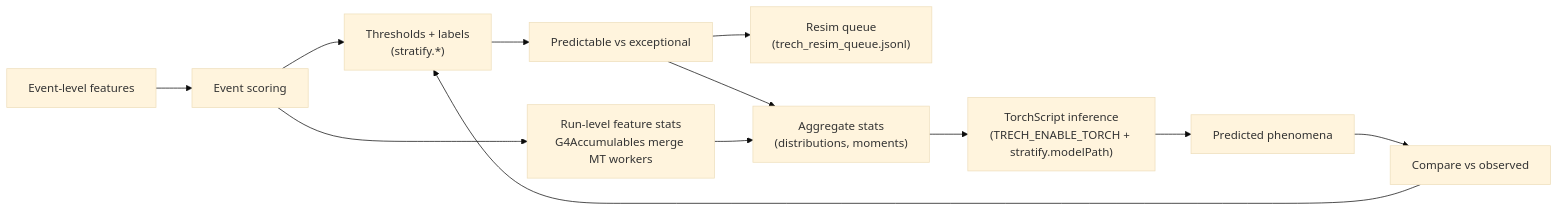
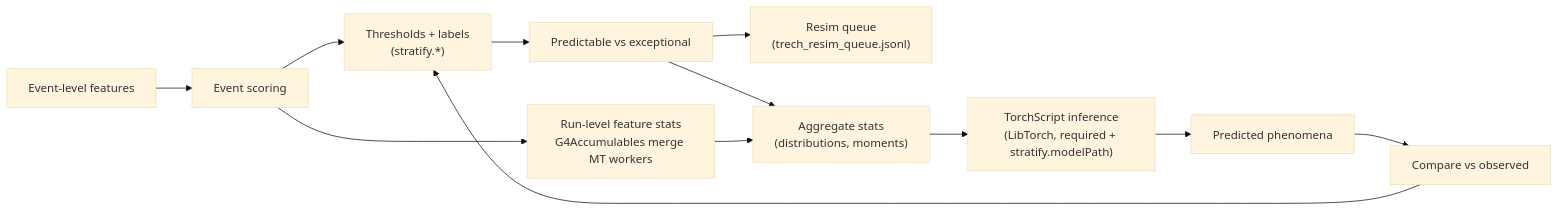
Before and after one commit to Geckos-Ink/trech: diagram 31 of 44 in CHARTS.md, drawn with Mermaid (base theme). The commit also changed other lines of this file and 48 other files, not shown here.

First line of the commit message:
Require LibTorch for training and inference

````diff
--- a/CHARTS.md
+++ b/CHARTS.md
@@ -695,14 +695,14 @@
 ```mermaid
 flowchart LR
   EVENTS["Event-level features"] --> SCORE["Event scoring"]
   SCORE --> THR["Thresholds + labels\n(stratify.*)"]
   SCORE --> RUNSTATS["Run-level feature stats\nG4Accumulables merge MT workers"]
   THR --> CLASS["Predictable vs exceptional"]
   CLASS --> RESIM["Resim queue\n(trech_resim_queue.jsonl)"]
   CLASS --> STATS["Aggregate stats\n(distributions, moments)"]
   RUNSTATS --> STATS
-  STATS --> MODEL["TorchScript inference\n(TRECH_ENABLE_TORCH + stratify.modelPath)"]
+  STATS --> MODEL["TorchScript inference\n(LibTorch, required + stratify.modelPath)"]
   MODEL --> PRED["Predicted phenomena"]
   PRED --> COMP["Compare vs observed"]
   COMP --> THR
 ```
````
